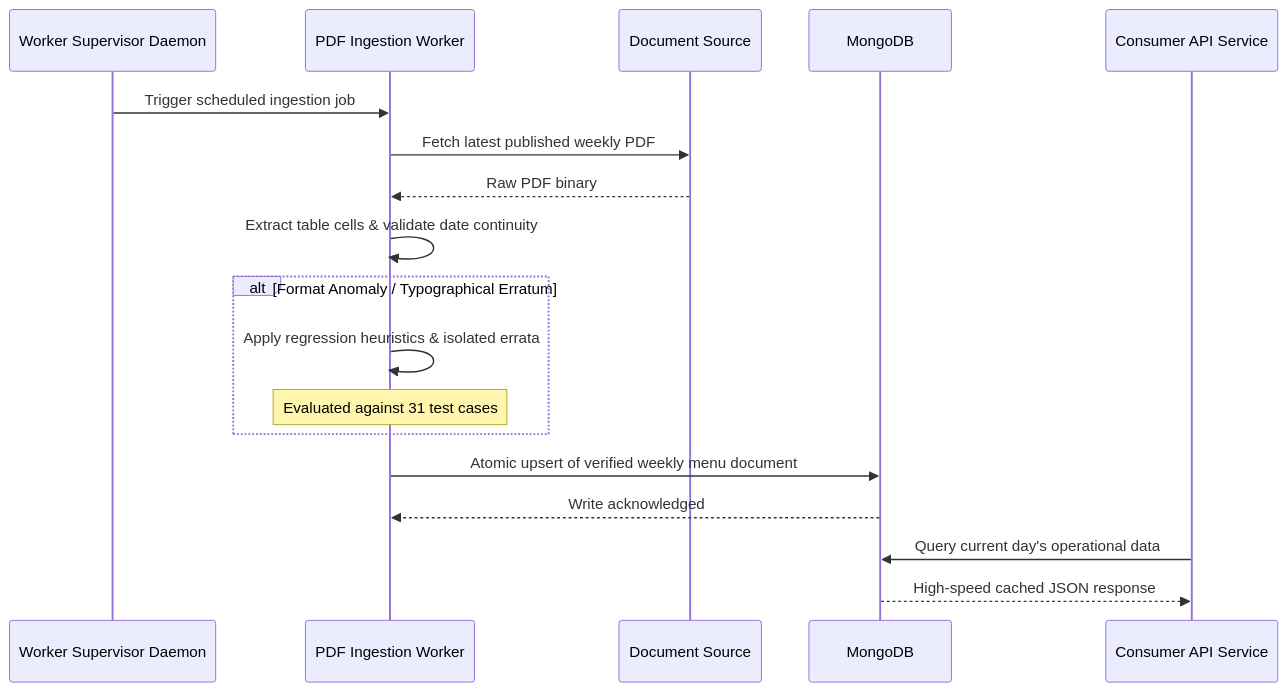
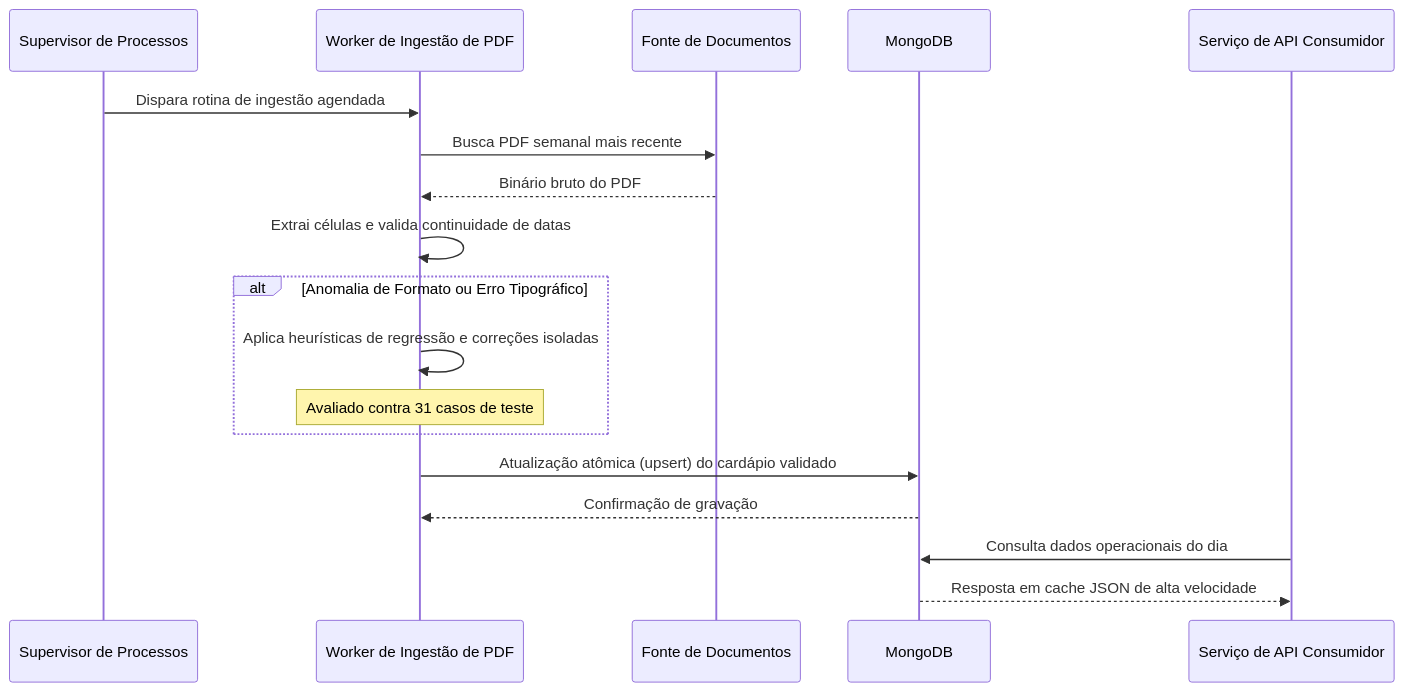
The second of 2 diagrams in backend-and-distributed-systems/fault-tolerant-ingestion-gateway/README.md (Fcsscoder/case-studies), drawn with Mermaid before and after one commit. The commit also changed other lines of this file and 21 other files, not shown here.

````diff
--- a/backend-and-distributed-systems/fault-tolerant-ingestion-gateway/README.md
+++ b/backend-and-distributed-systems/fault-tolerant-ingestion-gateway/README.md
@@ -47,21 +47,21 @@
 ```mermaid
 sequenceDiagram
-    participant Supervisor as Worker Supervisor Daemon
-    participant Parser as PDF Ingestion Worker
-    participant Source as Document Source
+    participant Supervisor as Supervisor de Processos
+    participant Parser as Worker de Ingestão de PDF
+    participant Source as Fonte de Documentos
     participant DB as MongoDB
-    participant API as Consumer API Service
+    participant API as Serviço de API Consumidor
 
-    Supervisor->>Parser: Trigger scheduled ingestion job
-    Parser->>Source: Fetch latest published weekly PDF
-    Source-->>Parser: Raw PDF binary
-    Parser->>Parser: Extract table cells & validate date continuity
-    alt Format Anomaly / Typographical Erratum
-        Parser->>Parser: Apply regression heuristics & isolated errata
-        Note over Parser: Evaluated against 31 test cases
+    Supervisor->>Parser: Dispara rotina de ingestão agendada
+    Parser->>Source: Busca PDF semanal mais recente
+    Source-->>Parser: Binário bruto do PDF
+    Parser->>Parser: Extrai células e valida continuidade de datas
+    alt Anomalia de Formato ou Erro Tipográfico
+        Parser->>Parser: Aplica heurísticas de regressão e correções isoladas
+        Note over Parser: Avaliado contra 31 casos de teste
     end
-    Parser->>DB: Atomic upsert of verified weekly menu document
-    DB-->>Parser: Write acknowledged
-    API->>DB: Query current day's operational data
-    DB-->>API: High-speed cached JSON response
+    Parser->>DB: Atualização atômica (upsert) do cardápio validado
+    DB-->>Parser: Confirmação de gravação
+    API->>DB: Consulta dados operacionais do dia
+    DB-->>API: Resposta em cache JSON de alta velocidade
 ```
````
